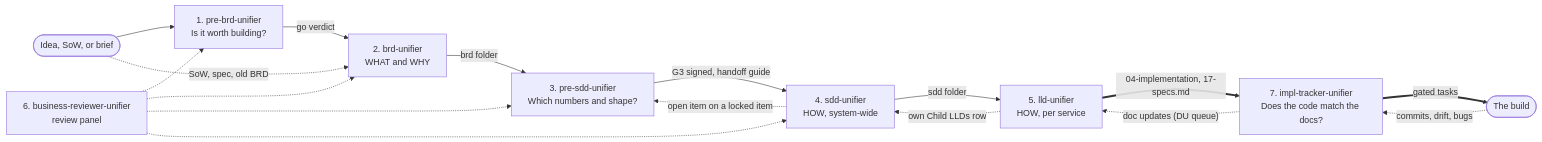
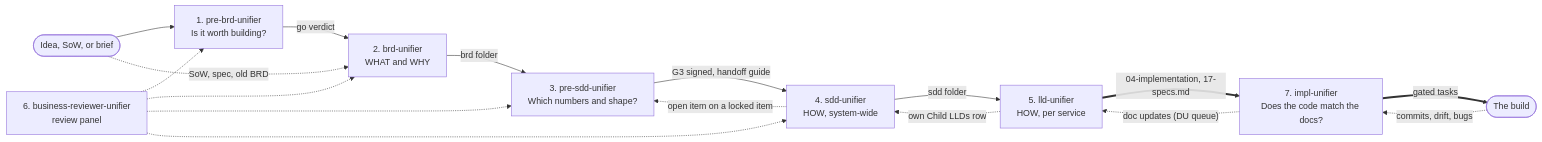
Before and after one commit to mhshahin01/builders-skills: the first of 8 diagrams in README.md, drawn with Mermaid. The commit also changed other lines of this file and 49 other files, not shown here.

First line of the commit message:
feat(impl-unifier): rename impl-tracker-unifier and tune it for speed

````diff
--- a/README.md
+++ b/README.md
@@ -19,19 +19,19 @@
 ```mermaid
 flowchart LR
     idea(["Idea, SoW, or brief"]) --> pre["1. pre-brd-unifier<br/>Is it worth building?"]
     pre -->|"go verdict"| brd["2. brd-unifier<br/>WHAT and WHY"]
     idea -.->|"SoW, spec, old BRD"| brd
     brd -->|"brd folder"| psdd["3. pre-sdd-unifier<br/>Which numbers and shape?"]
     psdd -->|"G3 signed, handoff guide"| sdd["4. sdd-unifier<br/>HOW, system-wide"]
     sdd -.->|"open item on a locked item"| psdd
     sdd -->|"sdd folder"| lld["5. lld-unifier<br/>HOW, per service"]
     lld -.->|"own Child LLDs row"| sdd
-    lld ==>|"04-implementation, 17-specs.md"| trk["7. impl-tracker-unifier<br/>Does the code match the docs?"]
+    lld ==>|"04-implementation, 17-specs.md"| trk["7. impl-unifier<br/>Does the code match the docs?"]
     trk ==>|"gated tasks"| build(["The build"])
     build -.->|"commits, drift, bugs"| trk
     trk -.->|"doc updates (DU queue)"| lld
     rev["6. business-reviewer-unifier<br/>review panel"] -.-> pre
     rev -.-> brd
     rev -.-> psdd
     rev -.-> sdd
 ```
````
